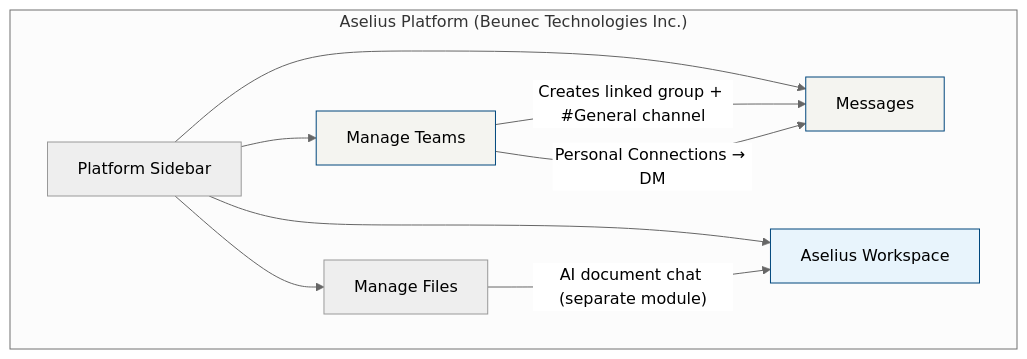
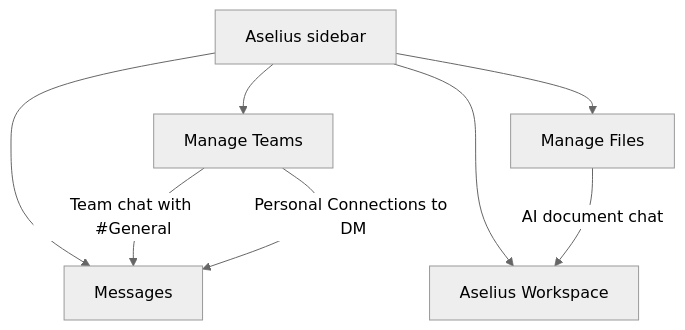
Before and after one commit to Beunec/beunec-site-staging: the first of 2 diagrams in Aselius Platform Documentations/aselius-manage-teams-guide.md, drawn with Mermaid (neutral theme). The commit also changed other lines of this file and 99 other files, not shown here.

````diff
--- a/Aselius Platform Documentations/aselius-manage-teams-guide.md
+++ b/Aselius Platform Documentations/aselius-manage-teams-guide.md
@@ -37,23 +34,12 @@
 ```mermaid
 flowchart TB
-    subgraph Aselius["Aselius Platform (Beunec Technologies Inc.)"]
-        Sidebar["Platform Sidebar"]
-        Teams["Manage Teams"]
-        Messages["Messages"]
-        Files["Manage Files"]
-        Workspace["Aselius Workspace"]
-    end
+    Sidebar["Aselius sidebar"]
+    Sidebar --> Teams["Manage Teams"]
+    Sidebar --> Messages["Messages"]
+    Sidebar --> Files["Manage Files"]
+    Sidebar --> Workspace["Aselius Workspace"]
 
-    Sidebar --> Teams
-    Sidebar --> Messages
-    Sidebar --> Files
-    Sidebar --> Workspace
-
-    Teams -->|"Creates linked group + #General channel"| Messages
-    Teams -->|"Personal Connections → DM"| Messages
-    Files -->|"AI document chat (separate module)"| Workspace
-
-    style Teams fill:#f4f4f0,stroke:#00477d
-    style Messages fill:#f4f4f0,stroke:#00477d
-    style Workspace fill:#e8f4fc,stroke:#00477d
+    Teams -->|"Team chat with #General"| Messages
+    Teams -->|"Personal Connections to DM"| Messages
+    Files -->|"AI document chat"| Workspace
 ```
````
